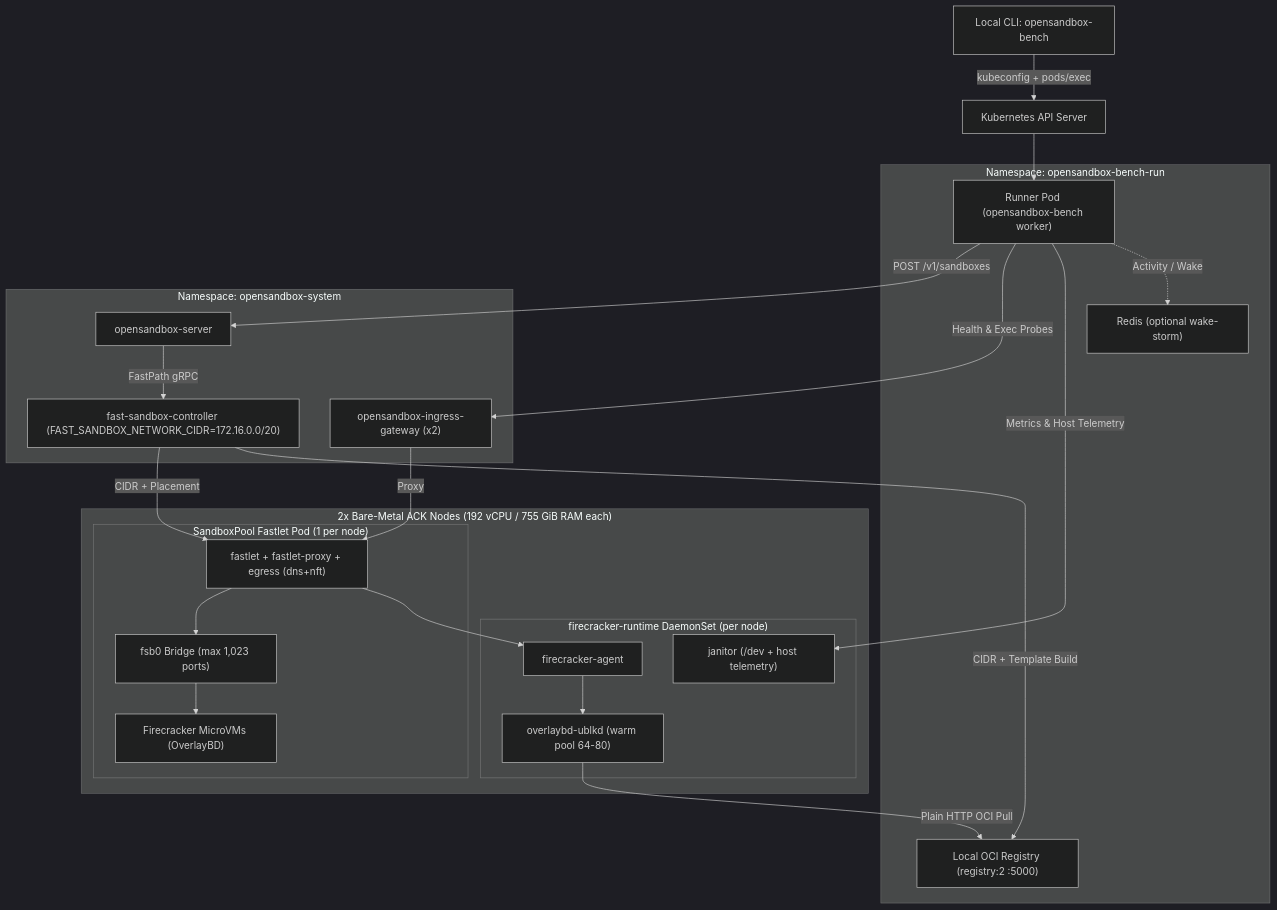
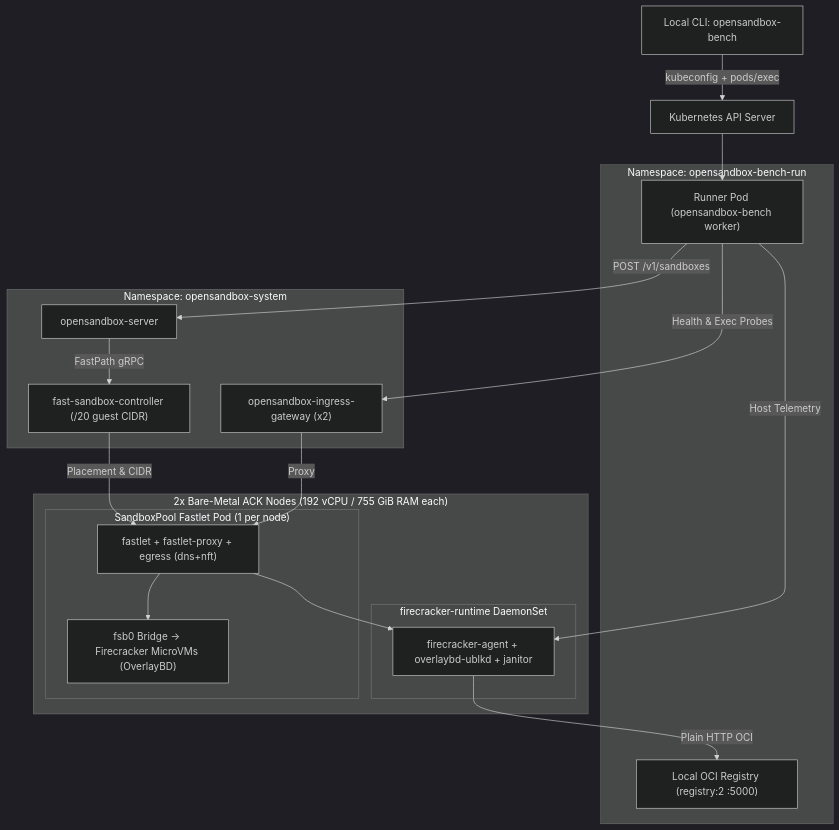
The diagram in benchmark/README.md (opensandbox-group/OpenSandbox), drawn with Mermaid (dark theme) before and after one commit. The commit also changed other lines of this file and 2 other files, not shown here.

Commit message:
docs(readme): refine root and benchmark README onboarding, architecture, and links

````diff
--- a/benchmark/README.md
+++ b/benchmark/README.md
@@ -66,43 +67,35 @@
 ```mermaid
 flowchart TB
     CLI["Local CLI: opensandbox-bench"] -->|"kubeconfig + pods/exec"| APIServer["Kubernetes API Server"]
 
     subgraph BenchNS["Namespace: opensandbox-bench-run"]
         Runner["Runner Pod (opensandbox-bench worker)"]
         Reg["Local OCI Registry (registry:2 :5000)"]
-        Redis["Redis (optional wake-storm)"]
     end
 
     subgraph SysNS["Namespace: opensandbox-system"]
         Server["opensandbox-server"]
         Ingress["opensandbox-ingress-gateway (x2)"]
-        FSBCtrl["fast-sandbox-controller (FAST_SANDBOX_NETWORK_CIDR=172.16.0.0/20)"]
+        FSBCtrl["fast-sandbox-controller (/20 guest CIDR)"]
     end
 
     subgraph DataPlane["2x Bare-Metal ACK Nodes (192 vCPU / 755 GiB RAM each)"]
-        subgraph RuntimeDS["firecracker-runtime DaemonSet (per node)"]
-            FCAgent["firecracker-agent"]
-            Ublkd["overlaybd-ublkd (warm pool 64-80)"]
-            Janitor["janitor (/dev + host telemetry)"]
+        subgraph RuntimeDS["firecracker-runtime DaemonSet"]
+            FCAgent["firecracker-agent + overlaybd-ublkd + janitor"]
         end
         subgraph PoolPod["SandboxPool Fastlet Pod (1 per node)"]
             Fastlet["fastlet + fastlet-proxy + egress (dns+nft)"]
-            Bridge["fsb0 Bridge (max 1,023 ports)"]
-            MicroVMs["Firecracker MicroVMs (OverlayBD)"]
+            MicroVMs["fsb0 Bridge -> Firecracker MicroVMs (OverlayBD)"]
         end
     end
 
     APIServer --> Runner
     Runner -->|"POST /v1/sandboxes"| Server
     Runner -->|"Health & Exec Probes"| Ingress
-    Runner -->|"Metrics & Host Telemetry"| Janitor
-    Runner -.->|"Activity / Wake"| Redis
+    Runner -->|"Host Telemetry"| FCAgent
     Server -->|"FastPath gRPC"| FSBCtrl
     Ingress -->|"Proxy"| Fastlet
-    FSBCtrl -->|"CIDR + Placement"| Fastlet
-    FSBCtrl -->|"CIDR + Template Build"| Reg
-    Fastlet --> Bridge --> MicroVMs
-    Fastlet --> FCAgent
-    FCAgent --> Ublkd
-    Ublkd -->|"Plain HTTP OCI Pull"| Reg
+    FSBCtrl -->|"Placement & CIDR"| Fastlet
+    Fastlet --> MicroVMs
+    Fastlet --> FCAgent -->|"Plain HTTP OCI"| Reg
 ```
````
